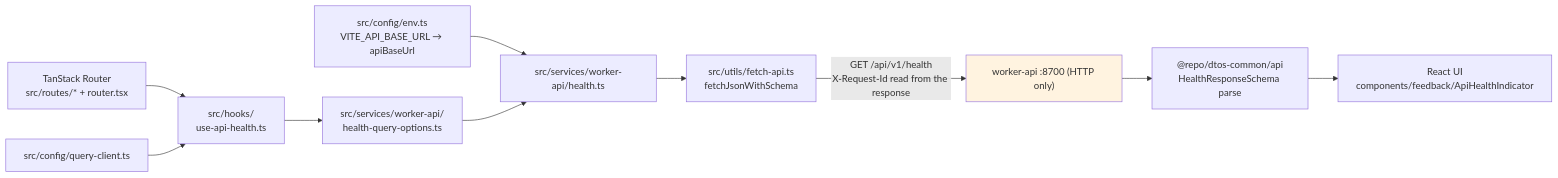
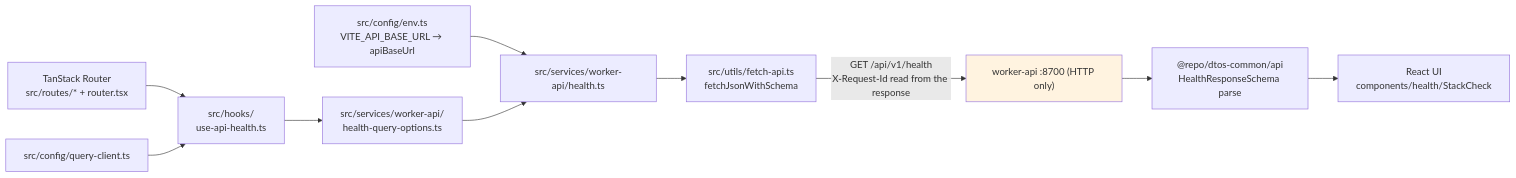
Before and after one commit to louisbrulenaudet/monorepo-template: the diagram in apps/front-app/README.md, drawn with Mermaid. The commit also changed other lines of this file and 111 other files, not shown here.

````diff
--- a/apps/front-app/README.md
+++ b/apps/front-app/README.md
@@ -17,14 +17,14 @@
 ```mermaid
 flowchart LR
   Router["TanStack Router<br/>src/routes/* + router.tsx"] --> Hooks["src/hooks/<br/>use-api-health.ts"]
   QueryClient["src/config/query-client.ts"] --> Hooks
   Env["src/config/env.ts<br/>VITE_API_BASE_URL → apiBaseUrl"] --> Svc
   Hooks --> QO["src/services/worker-api/<br/>health-query-options.ts"]
   QO --> Svc["src/services/worker-api/health.ts"]
   Svc --> Fetch["src/utils/fetch-api.ts<br/>fetchJsonWithSchema"]
   Fetch -- "GET /api/v1/health<br/>X-Request-Id read from the response" --> API["worker-api :8700 (HTTP only)"]
   API --> Parse["@repo/dtos-common/api<br/>HealthResponseSchema parse"]
-  Parse --> UI["React UI<br/>components/feedback/ApiHealthIndicator"]
+  Parse --> UI["React UI<br/>components/health/StackCheck"]
 
   style API fill:#fff3e0
 ```
````
